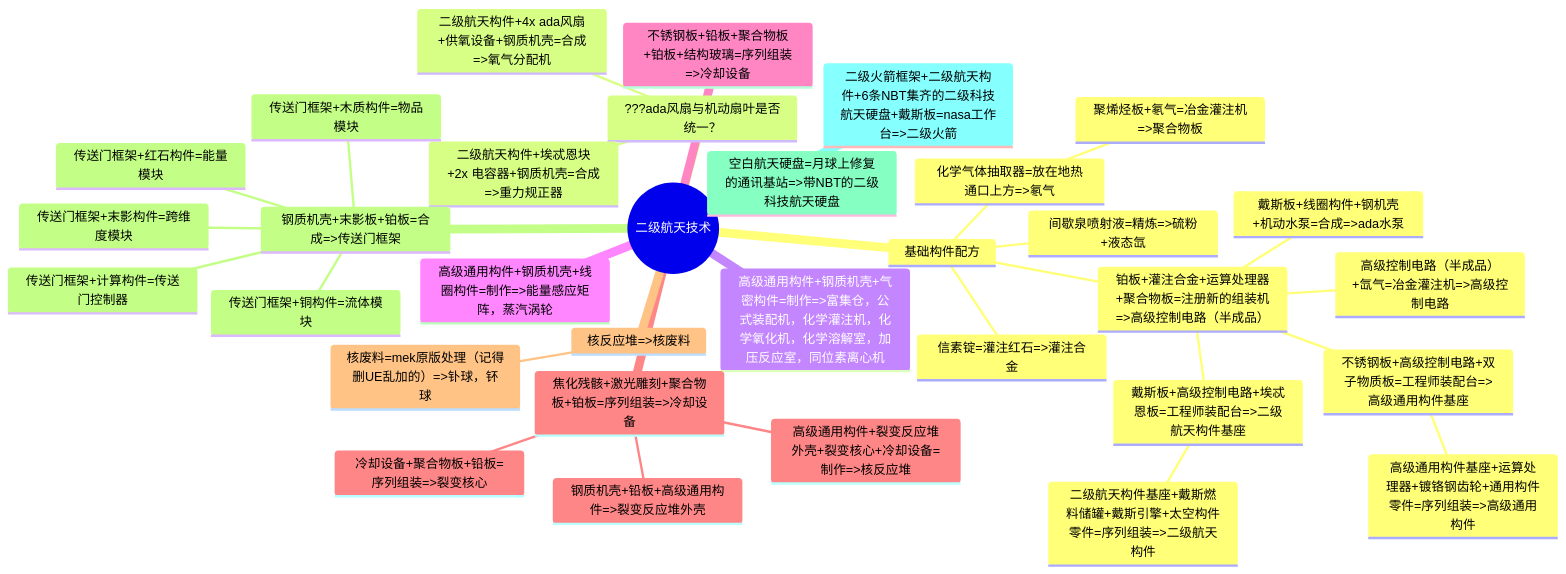
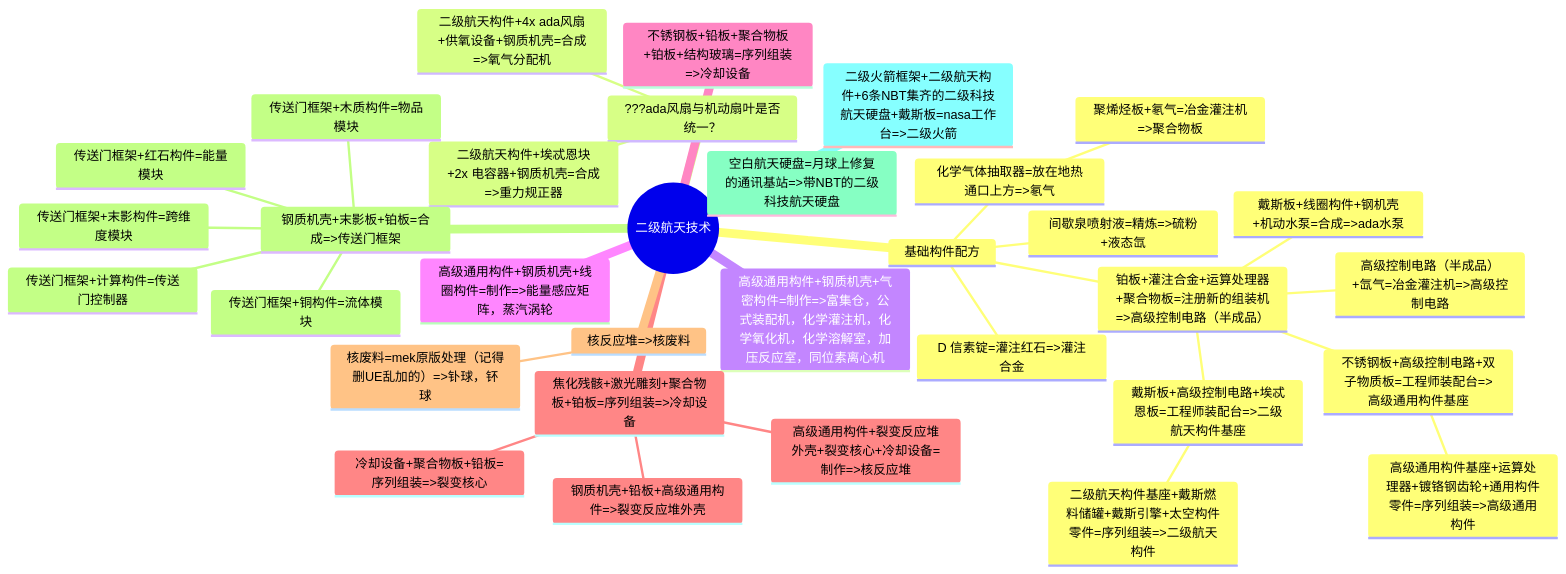
Before and after one commit to VechniMetel/CodeNameCIM2: the second of 3 diagrams in Developer/TechTreeMap.md, drawn with Mermaid. The commit also changed 47 other files, not shown here.

````diff
--- a/Developer/TechTreeMap.md
+++ b/Developer/TechTreeMap.md
@@ -45,36 +45,36 @@
 ``` mermaid
 mindmap
     root((二级航天技术))
         基础构件配方
-            信素锭=灌注红石=>灌注合金
+            D 信素锭=灌注红石=>灌注合金
             间歇泉喷射液=精炼=>硫粉+液态氙
             化学气体抽取器=放在地热通口上方=>氡气
                 聚烯烃板+氡气=冶金灌注机=>聚合物板
             铂板+灌注合金+运算处理器+聚合物板=注册新的组装机=>高级控制电路（半成品）
                 高级控制电路（半成品）+氙气=冶金灌注机=>高级控制电路
                 戴斯板+高级控制电路+埃忒恩板=工程师装配台=>二级航天构件基座
                     二级航天构件基座+戴斯燃料储罐+戴斯引擎+太空构件零件=序列组装=>二级航天构件
                 不锈钢板+高级控制电路+双子物质板=工程师装配台=>高级通用构件基座
                     高级通用构件基座+运算处理器+镀铬钢齿轮+通用构件零件=序列组装=>高级通用构件
                 戴斯板+线圈构件+钢机壳+机动水泵=合成=>ada水泵
         ???ada风扇与机动扇叶是否统一？
             二级航天构件+4x ada风扇+供氧设备+钢质机壳=合成=>氧气分配机
             二级航天构件+埃忒恩块+2x 电容器+钢质机壳=合成=>重力规正器
         高级通用构件+钢质机壳+气密构件=制作=>富集仓，公式装配机，化学灌注机，化学氧化机，化学溶解室，加压反应室，同位素离心机
         高级通用构件+钢质机壳+线圈构件=制作=>能量感应矩阵，蒸汽涡轮
         不锈钢板+铅板+聚合物板+铂板+结构玻璃=序列组装=>冷却设备
         焦化残骸+激光雕刻+聚合物板+铂板=序列组装=>冷却设备
             冷却设备+聚合物板+铅板=序列组装=>裂变核心
             钢质机壳+铅板+高级通用构件=>裂变反应堆外壳
             高级通用构件+裂变反应堆外壳+裂变核心+冷却设备=制作=>核反应堆
         核反应堆=>核废料
             核废料=mek原版处理（记得删UE乱加的）=>钋球，钚球
         钢质机壳+末影板+铂板=合成=>传送门框架
             传送门框架+计算构件=传送门控制器
             传送门框架+木质构件=物品模块
             传送门框架+铜构件=流体模块
             传送门框架+红石构件=能量模块
             传送门框架+末影构件=跨维度模块
         空白航天硬盘=月球上修复的通讯基站=>带NBT的二级科技航天硬盘
         二级火箭框架+二级航天构件+6条NBT集齐的二级科技航天硬盘+戴斯板=nasa工作台=>二级火箭
 ```
````
